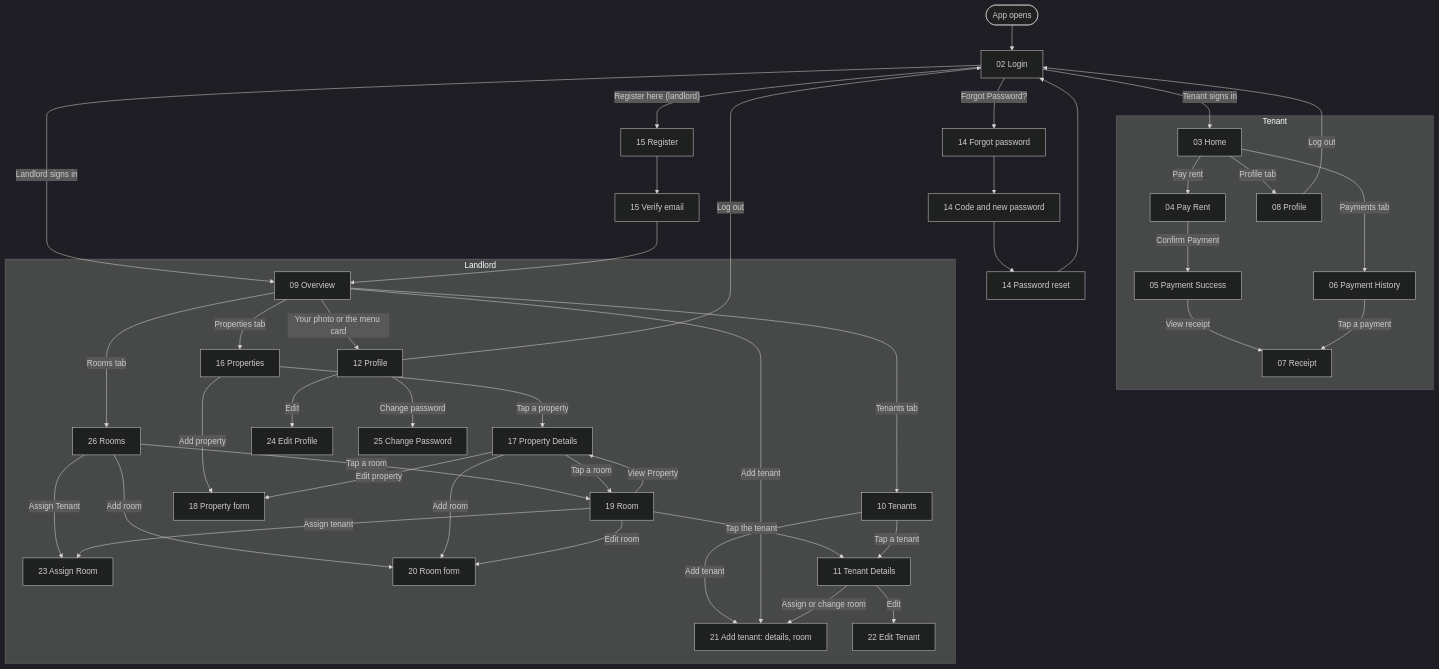
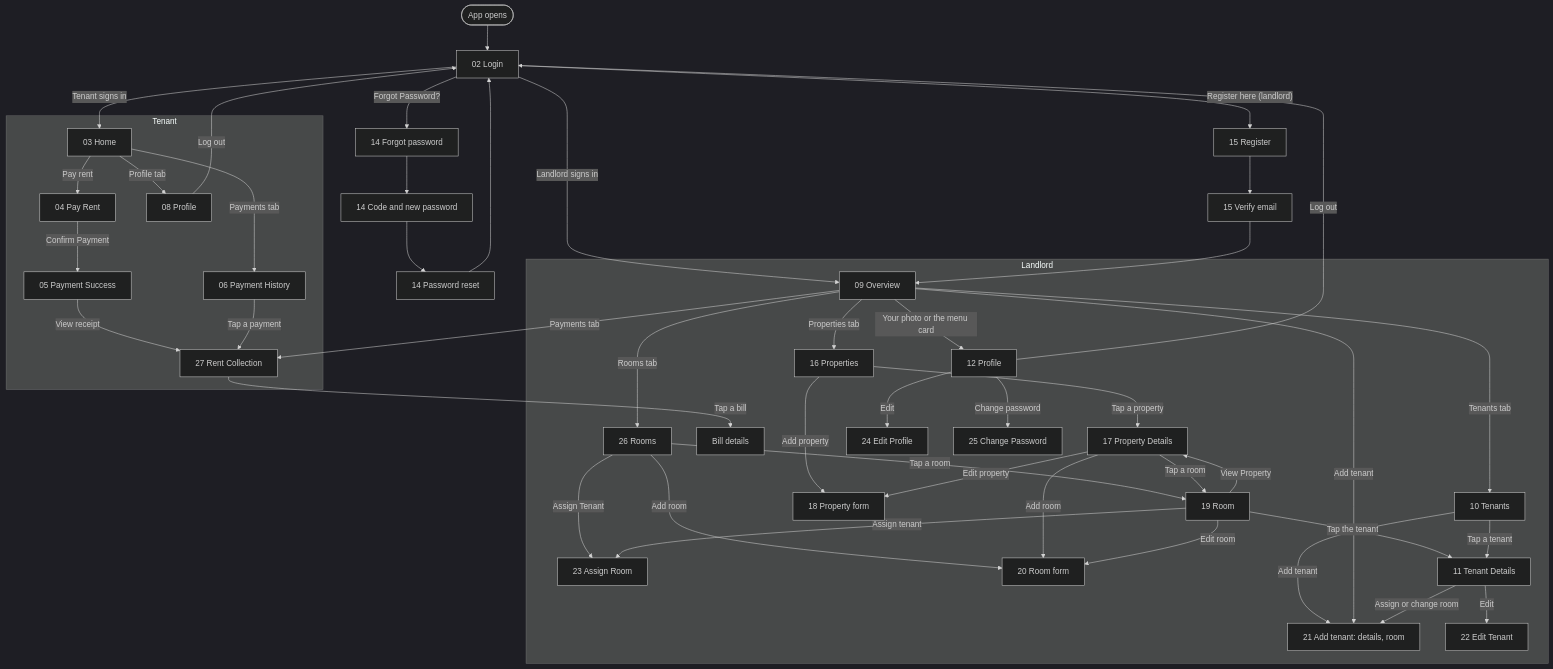
One commit to nil2022/rentwallet-app changed the diagram in README.md. Above: the diagram before and after it, drawn with Mermaid (dark theme). The commit also changed other lines of this file and 7 other files, not shown here.

First line of the commit message:
Add the Payments tab with Rent Collection

````diff
--- a/README.md
+++ b/README.md
@@ -108,48 +110,50 @@
 ```mermaid
 flowchart TD
     S(["App opens"]) --> L["02 Login"]
     L -->|"Forgot Password?"| F1["14 Forgot password"]
     F1 --> F2["14 Code and new password"] --> F3["14 Password reset"] --> L
     L -->|"Register here (landlord)"| R1["15 Register"] --> R2["15 Verify email"]
     L -->|"Tenant signs in"| TH
     L -->|"Landlord signs in"| LO
     R2 --> LO
 
     subgraph Tenant
         TH["03 Home"] -->|"Pay rent"| PR["04 Pay Rent"]
         PR -->|"Confirm Payment"| PS["05 Payment Success"]
         PS -->|"View receipt"| RC["07 Receipt"]
         TH -->|"Payments tab"| PH["06 Payment History"]
         PH -->|"Tap a payment"| RC
         TH -->|"Profile tab"| TP["08 Profile"]
     end
 
     subgraph Landlord
         LO["09 Overview"] -->|"Properties tab"| PL["16 Properties"]
         LO -->|"Tenants tab"| TS["10 Tenants"]
         LO -->|"Rooms tab"| RM["26 Rooms"]
         LO -->|"Your photo or the menu card"| LP["12 Profile"]
         RM -->|"Tap a room"| RD
         RM -->|"Assign Tenant"| AR
         RM -->|"Add room"| RF
+        LO -->|"Payments tab"| RC["27 Rent Collection"]
+        RC -->|"Tap a bill"| BD["Bill details"]
         PL -->|"Tap a property"| PD["17 Property Details"]
         PL -->|"Add property"| PF["18 Property form"]
         PD -->|"Edit property"| PF
         PD -->|"Add room"| RF["20 Room form"]
         PD -->|"Tap a room"| RD["19 Room"]
         RD -->|"Edit room"| RF
         RD -->|"Assign tenant"| AR["23 Assign Room"]
         RD -->|"Tap the tenant"| TD["11 Tenant Details"]
         RD -->|"View Property"| PD
         TS -->|"Tap a tenant"| TD
         TS -->|"Add tenant"| AT["21 Add tenant: details, room"]
         LO -->|"Add tenant"| AT
         TD -->|"Edit"| TF["22 Edit Tenant"]
         TD -->|"Assign or change room"| AT
         LP -->|"Edit"| EP["24 Edit Profile"]
         LP -->|"Change password"| CP["25 Change Password"]
     end
 
     TP -->|"Log out"| L
     LP -->|"Log out"| L
 ```
````
